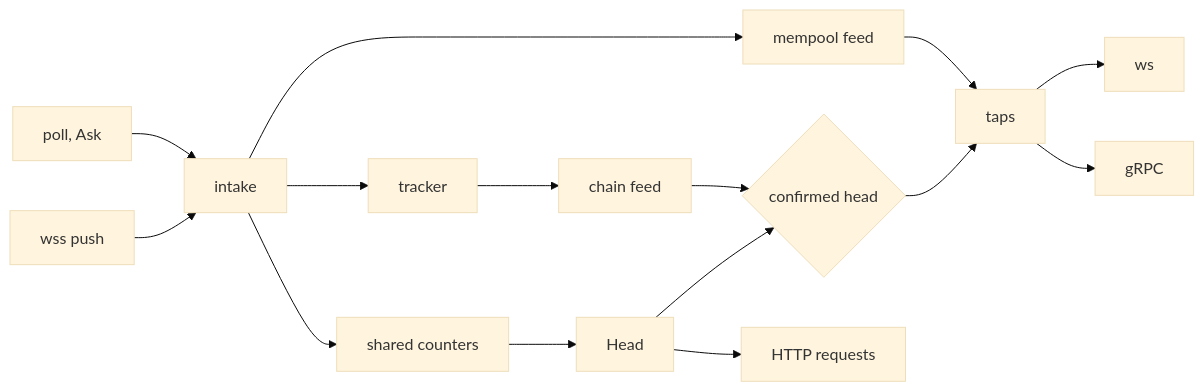
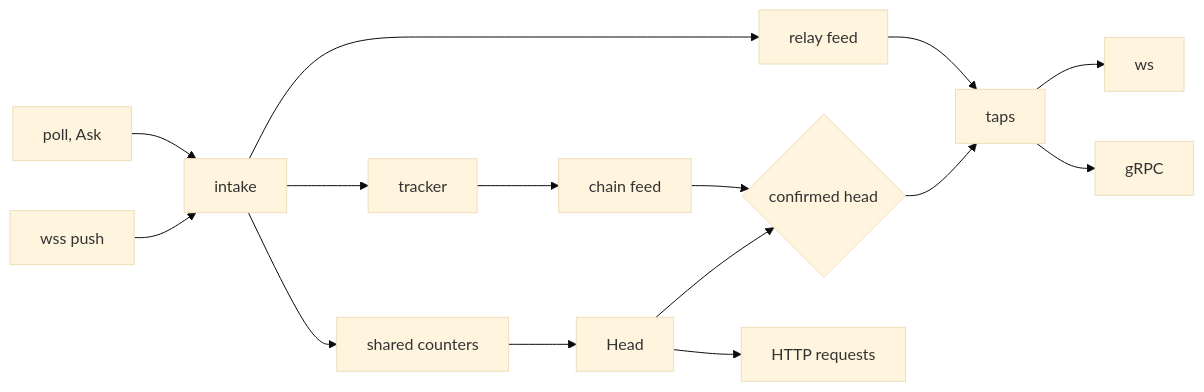
Before and after one commit to erpc/erpc: the diagram in specs/chain-tracker/feature.md, drawn with Mermaid (base theme). The commit also changed other lines of this file and 1 other file, not shown here.

Commit message:
docs(specs): name the relay feed and pub/sub dialect

````diff
--- a/specs/chain-tracker/feature.md
+++ b/specs/chain-tracker/feature.md
@@ -108,17 +109,17 @@
 ```mermaid
 flowchart LR
   W["wss push"] --> I["intake"]
   P["poll, Ask"] --> I
   I --> SC["shared counters"]
   SC --> H["Head"]
   I --> T["tracker"]
   T --> C["chain feed"]
   H --> G{"confirmed head"}
   C --> G
   G --> K["taps"]
-  I --> M["mempool feed"]
+  I --> M["relay feed"]
   M --> K
   K --> WS["ws"]
   K --> GR["gRPC"]
   H --> R["HTTP requests"]
 ```
````
